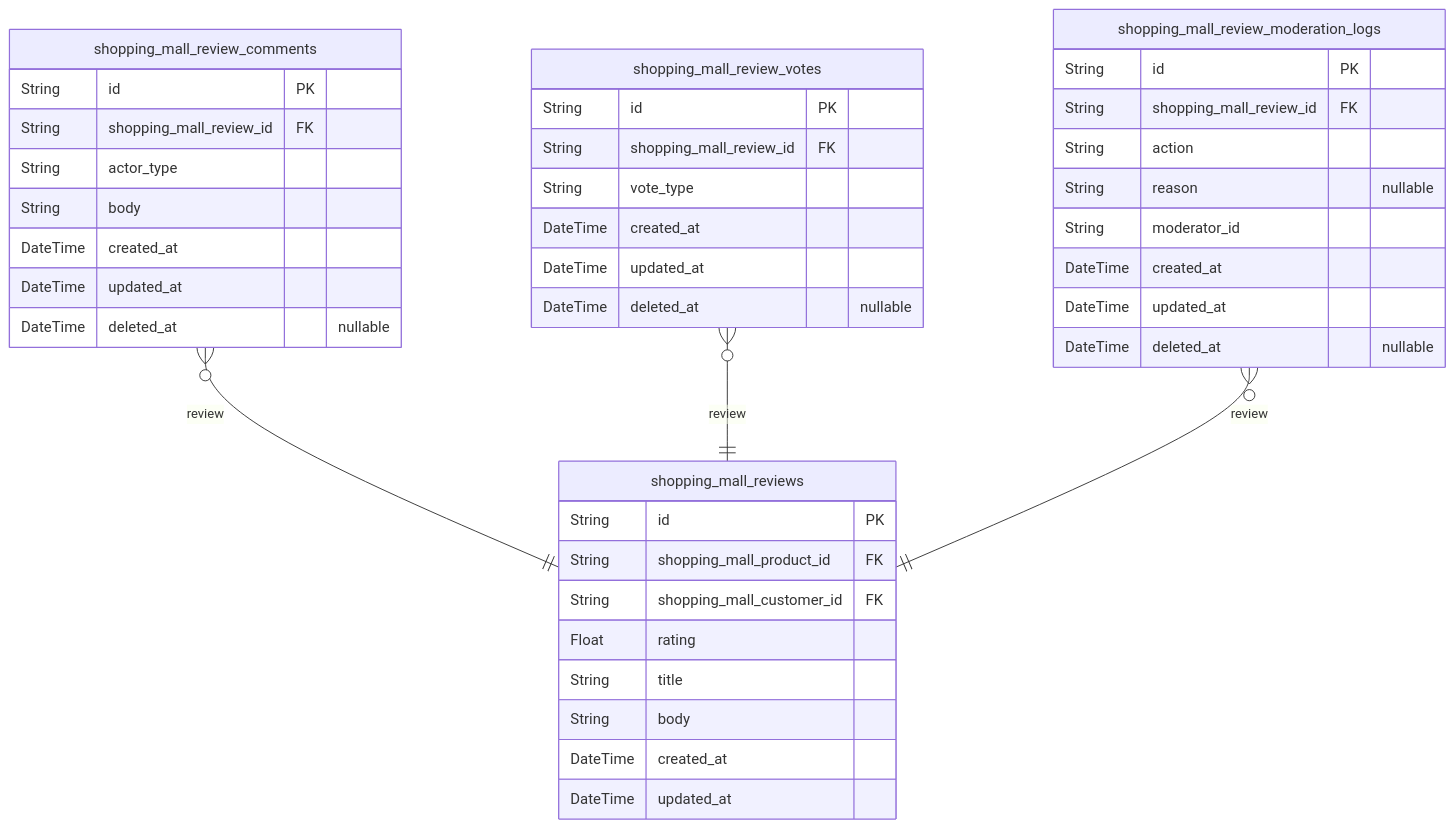
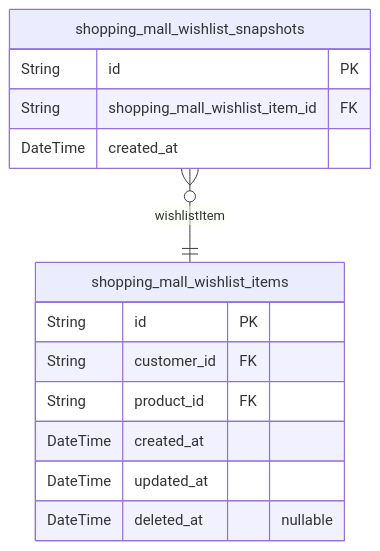
The ninth of 9 diagrams in qwen/qwen3-30b-a3b-thinking-2507/shopping/docs/ERD.md (wrtnlabs/autobe-examples), drawn with Mermaid before and after one commit. The commit also changed other lines of this file and 9391 other files, not shown here.

````diff
--- a/qwen/qwen3-30b-a3b-thinking-2507/shopping/docs/ERD.md
+++ b/qwen/qwen3-30b-a3b-thinking-2507/shopping/docs/ERD.md
@@ -1266,43 +1840,17 @@
 ```mermaid
 erDiagram
-"shopping_mall_reviews" {
+"shopping_mall_wishlist_items" {
   String id PK
-  String shopping_mall_product_id FK
-  String shopping_mall_customer_id FK
-  Float rating
-  String title
-  String body
-  DateTime created_at
-  DateTime updated_at
-}
-"shopping_mall_review_comments" {
-  String id PK
-  String shopping_mall_review_id FK
-  String actor_type
-  String body
+  String customer_id FK
+  String product_id FK
   DateTime created_at
   DateTime updated_at
   DateTime deleted_at "nullable"
 }
-"shopping_mall_review_votes" {
+"shopping_mall_wishlist_snapshots" {
   String id PK
-  String shopping_mall_review_id FK
-  String vote_type
+  String shopping_mall_wishlist_item_id FK
   DateTime created_at
-  DateTime updated_at
-  DateTime deleted_at "nullable"
 }
-"shopping_mall_review_moderation_logs" {
-  String id PK
-  String shopping_mall_review_id FK
-  String action
-  String reason "nullable"
-  String moderator_id
-  DateTime created_at
-  DateTime updated_at
-  DateTime deleted_at "nullable"
-}
-"shopping_mall_review_comments" }o--|| "shopping_mall_reviews" : review
-"shopping_mall_review_votes" }o--|| "shopping_mall_reviews" : review
-"shopping_mall_review_moderation_logs" }o--|| "shopping_mall_reviews" : review
+"shopping_mall_wishlist_snapshots" }o--|| "shopping_mall_wishlist_items" : wishlistItem
 ```
````
